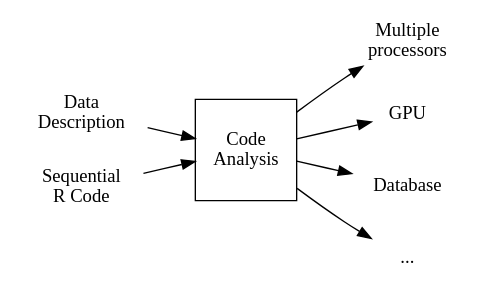
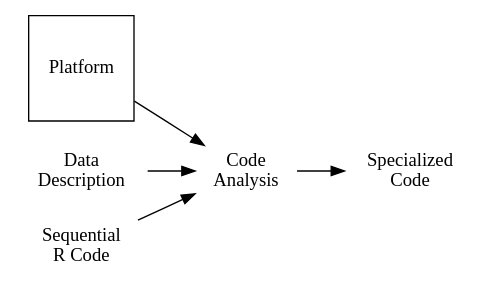
The diagram in proposal/workflow.dot (clarkfitzg/phd_research), drawn with Graphviz before and after one commit. The commit also changed 3 other files, not shown here.

```diff
--- a/proposal/workflow.dot
+++ b/proposal/workflow.dot
@@ -1,21 +1,18 @@
 digraph workflow {
     rankdir=LR;
     //size="8,5"
     node [shape = square]; 2;
     node [shape = none];
 
     0 [label="Data\nDescription"];
     1 [label="Sequential\nR Code"];
-    2 [label="Code\nAnalysis"];
-    3 [label="Multiple\nprocessors"];
-    4 [label="GPU"];
-    5 [label="Database"];
-    6 [label="..."];
+    2 [label="Platform"];
 
-    1 -> 2;
-    0 -> 2;
-    2 -> 3;
-    2 -> 4;
-    2 -> 5;
+    6 [label="Code\nAnalysis"];
+    7 [label="Specialized\nCode"];
+
+    0 -> 6;
+    1 -> 6;
     2 -> 6;
+    6 -> 7;
 }
```
